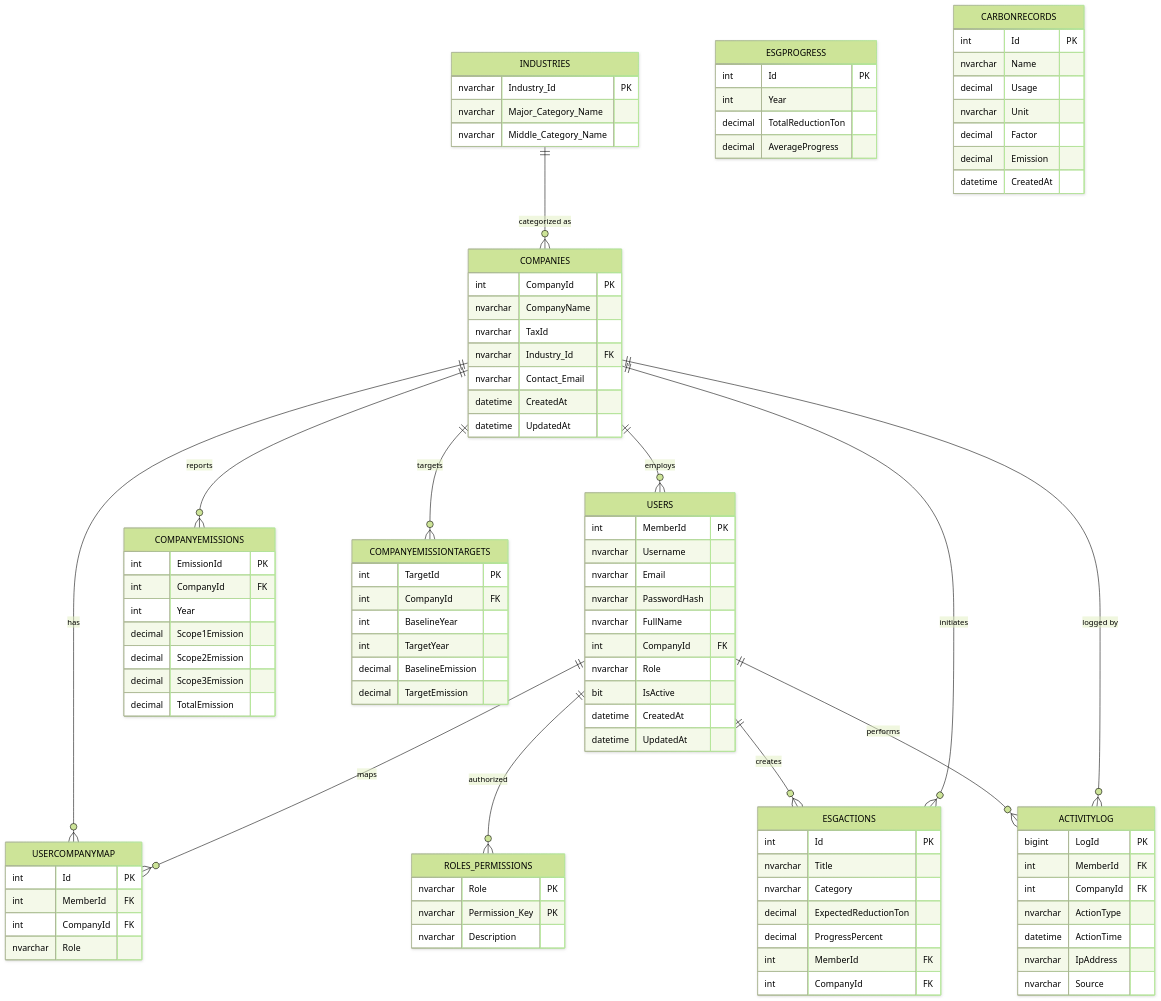
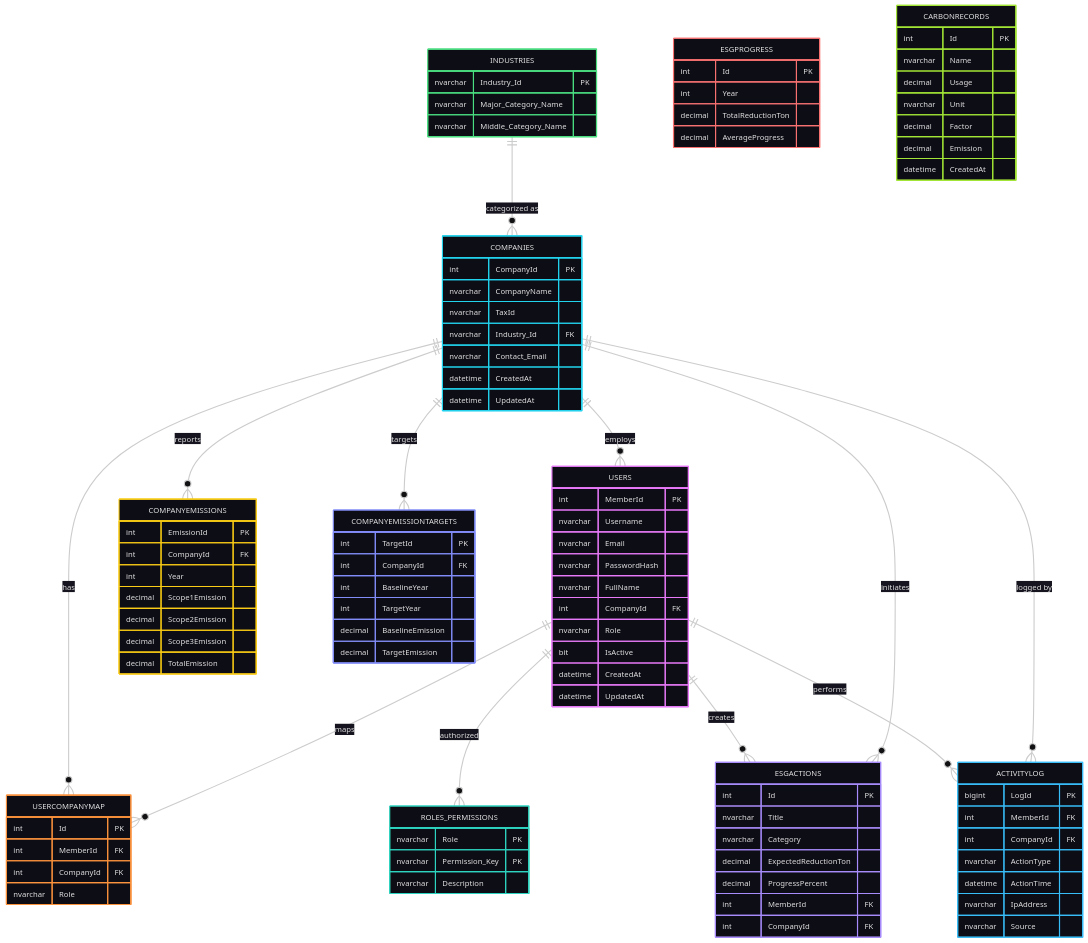
One commit to Mituteruhsu/CarbornProjectWEBPractice changed the second of 2 diagrams in README.md. Above: the diagram before and after it, drawn with Mermaid.

```diff
--- a/README.md
+++ b/README.md
@@ -105,7 +105,7 @@
 ---
 config:
   layout: dagre
-  theme: forest
+  theme: redux-dark-color
   look: neo
 ---
 erDiagram
```
